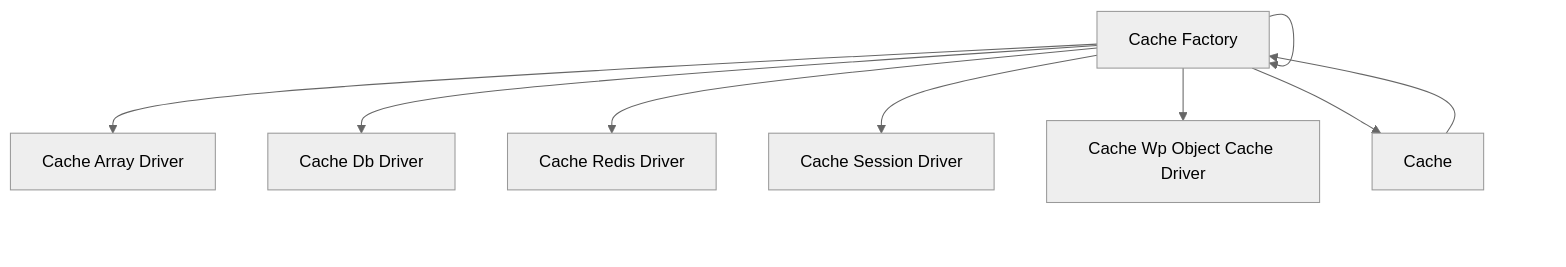
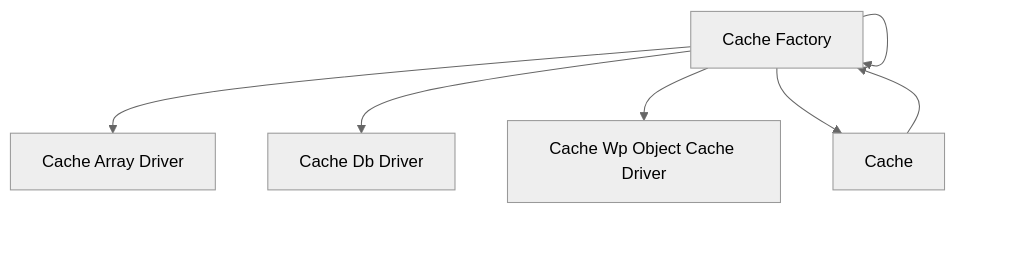
Before and after one commit to rpnunez/wp-ai-scheduler: the seventh of 19 diagrams in docs/feature-report.md, drawn with Mermaid (neutral theme). The commit also changed other lines of this file and 1 other file, not shown here.

````diff
--- a/docs/feature-report.md
+++ b/docs/feature-report.md
@@ -467,25 +469,21 @@
 ```mermaid
 flowchart TD
     %% Caching Architecture
 
     Cache_Array_Driver["Cache Array Driver"]
     Cache_Db_Driver["Cache Db Driver"]
     Cache_Factory["Cache Factory"]
-    Cache_Redis_Driver["Cache Redis Driver"]
-    Cache_Session_Driver["Cache Session Driver"]
     Cache_Wp_Object_Cache_Driver["Cache Wp Object Cache Driver"]
     Cache["Cache"]
 
     Cache_Factory --> Cache
     Cache_Factory --> Cache_Array_Driver
     Cache_Factory --> Cache_Db_Driver
     Cache_Factory --> Cache_Factory
-    Cache_Factory --> Cache_Redis_Driver
-    Cache_Factory --> Cache_Session_Driver
     Cache_Factory --> Cache_Wp_Object_Cache_Driver
     Cache --> Cache_Factory
 
     classDef repository fill:#e1f5ff,stroke:#01579b,stroke-width:2px
     classDef service fill:#fff3e0,stroke:#e65100,stroke-width:2px
     classDef controller fill:#f3e5f5,stroke:#4a148c,stroke-width:2px
 ```
````
